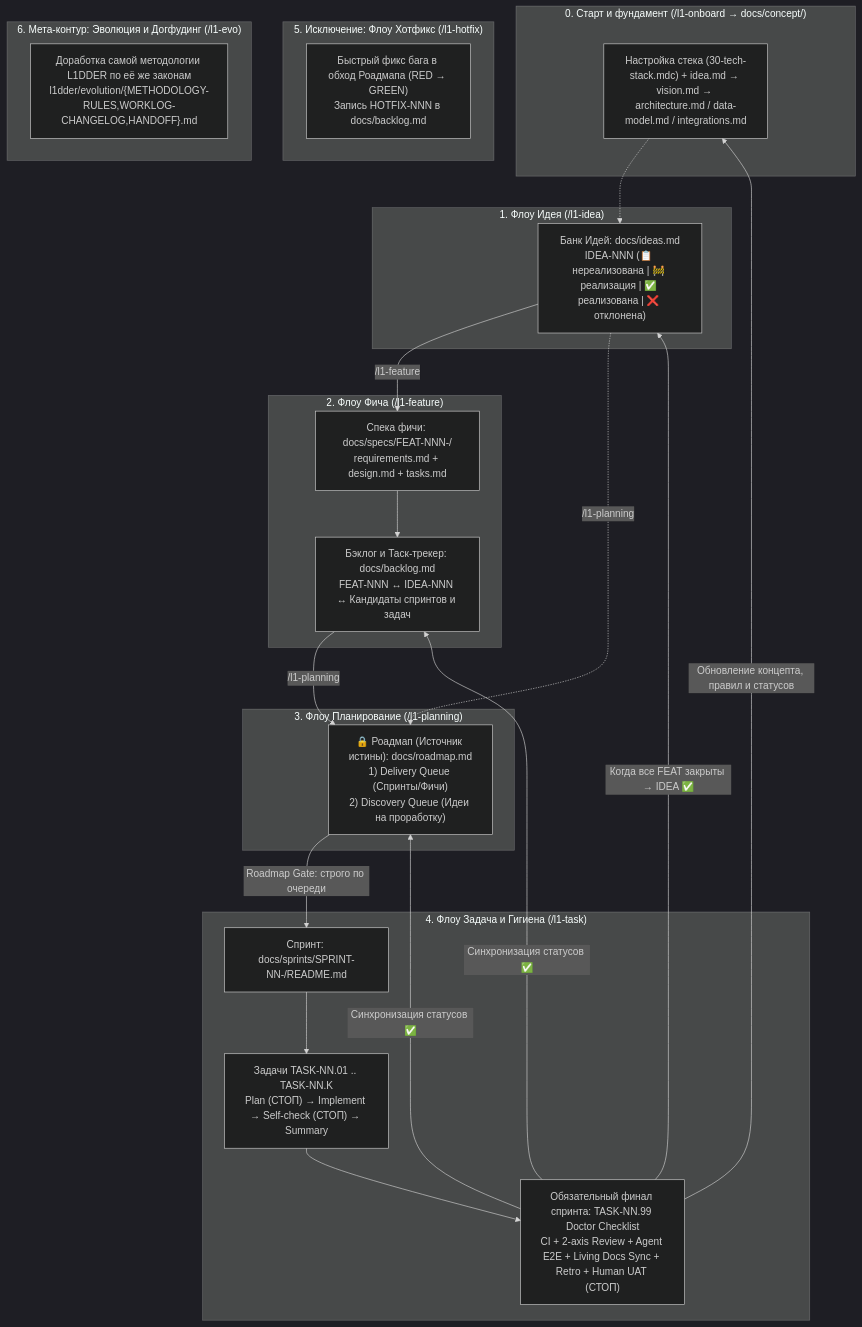
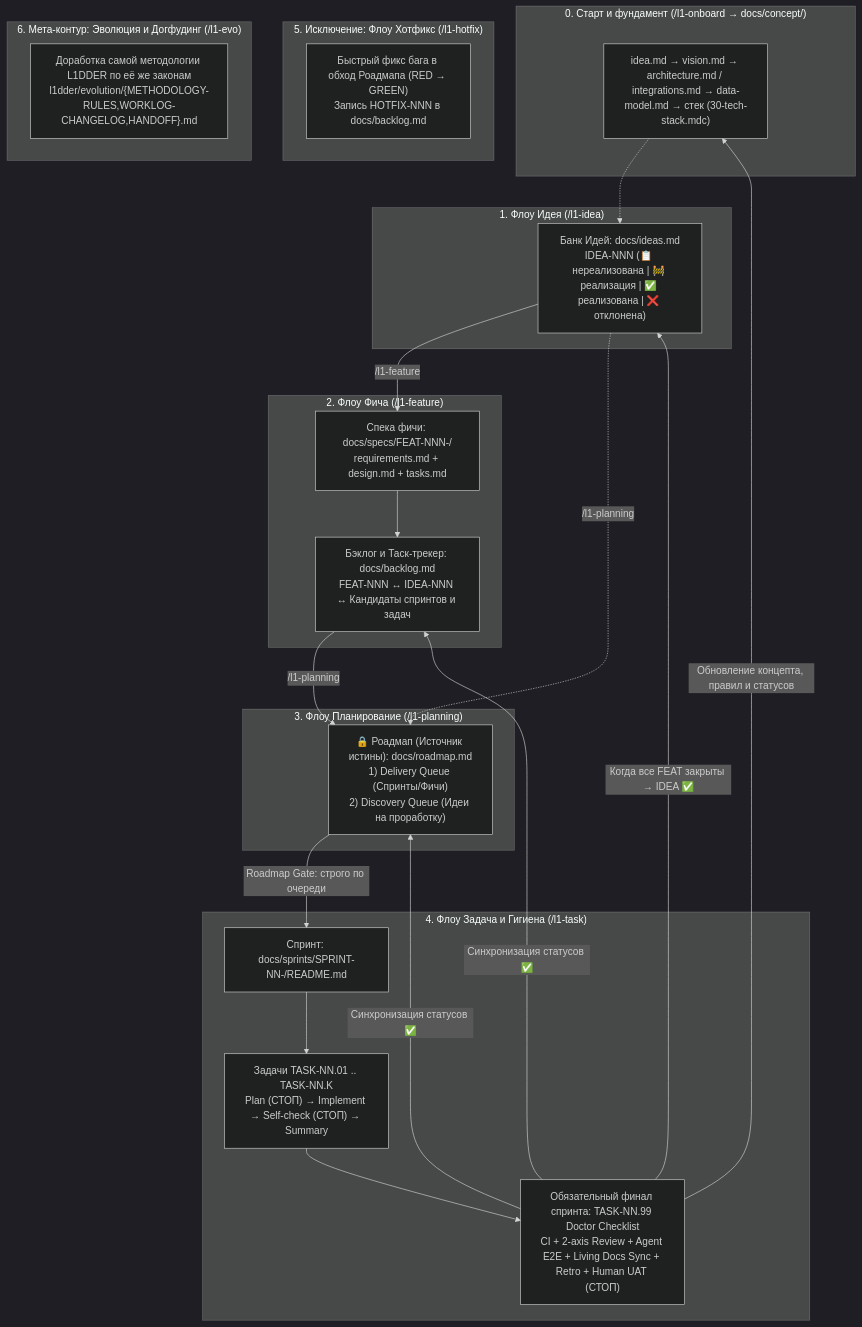
Before and after one commit to ledvanoff/l1dder: the diagram in assets/i18n/ru/METHODOLOGY.md, drawn with Mermaid (dark theme). The commit also changed other lines of this file and 55 other files, not shown here.

````diff
--- a/assets/i18n/ru/METHODOLOGY.md
+++ b/assets/i18n/ru/METHODOLOGY.md
@@ -12,46 +12,46 @@
 ```mermaid
 flowchart TB
     subgraph foundation["0. Старт и фундамент (/l1-onboard → docs/concept/)"]
-        CON["Настройка стека (30-tech-stack.mdc) + idea.md → vision.md → architecture.md / data-model.md / integrations.md"]
+        CON["idea.md → vision.md → architecture.md / integrations.md → data-model.md → стек (30-tech-stack.mdc)"]
     end
 
     subgraph flow1["1. Флоу Идея (/l1-idea)"]
         IDEAS["Банк Идей: docs/ideas.md<br/>IDEA-NNN (📋 нереализована | 🚧 реализация | ✅ реализована | ❌ отклонена)"]
     end
 
     subgraph flow2["2. Флоу Фича (/l1-feature)"]
         SPECS["Спека фичи: docs/specs/FEAT-NNN-<slug>/<br/>requirements.md + design.md + tasks.md"]
         BACKLOG["Бэклог и Таск-трекер: docs/backlog.md<br/>FEAT-NNN ↔ IDEA-NNN ↔ Кандидаты спринтов и задач"]
     end
 
     subgraph flow3["3. Флоу Планирование (/l1-planning)"]
         ROADMAP["🔒 Роадмап (Источник истины): docs/roadmap.md<br/>1) Delivery Queue (Спринты/Фичи)<br/>2) Discovery Queue (Идеи на проработку)"]
     end
 
     subgraph flow4["4. Флоу Задача и Гигиена (/l1-task)"]
         SPRINT["Спринт: docs/sprints/SPRINT-NN-<slug>/README.md"]
         TASKS["Задачи TASK-NN.01 .. TASK-NN.K<br/>Plan (СТОП) → Implement → Self-check (СТОП) → Summary"]
         DOCTOR["Обязательный финал спринта: TASK-NN.99 Doctor Checklist<br/>CI + 2-axis Review + Agent E2E + Living Docs Sync + Retro + Human UAT (СТОП)"]
     end
 
     subgraph flow5["5. Исключение: Флоу Хотфикс (/l1-hotfix)"]
         HOTFIX["Быстрый фикс бага в обход Роадмапа (RED → GREEN)<br/>Запись HOTFIX-NNN в docs/backlog.md"]
     end
 
     subgraph flow6["6. Мета-контур: Эволюция и Догфудинг (/l1-evo)"]
         EVO["Доработка самой методологии L1DDER по её же законам<br/>l1dder/evolution/{METHODOLOGY-RULES,WORKLOG-CHANGELOG,HANDOFF}.md"]
     end
 
     CON -.-> IDEAS
     IDEAS -->|"/l1-feature"| SPECS
     SPECS --> BACKLOG
     IDEAS -.->|"/l1-planning"| ROADMAP
     BACKLOG -->|"/l1-planning"| ROADMAP
     ROADMAP -->|"Roadmap Gate: строго по очереди"| SPRINT
     SPRINT --> TASKS
     TASKS --> DOCTOR
     DOCTOR -->|"Обновление концепта, правил и статусов"| CON
     DOCTOR -->|"Синхронизация статусов ✅"| ROADMAP
     DOCTOR -->|"Синхронизация статусов ✅"| BACKLOG
     DOCTOR -->|"Когда все FEAT закрыты → IDEA ✅"| IDEAS
 ```
````
